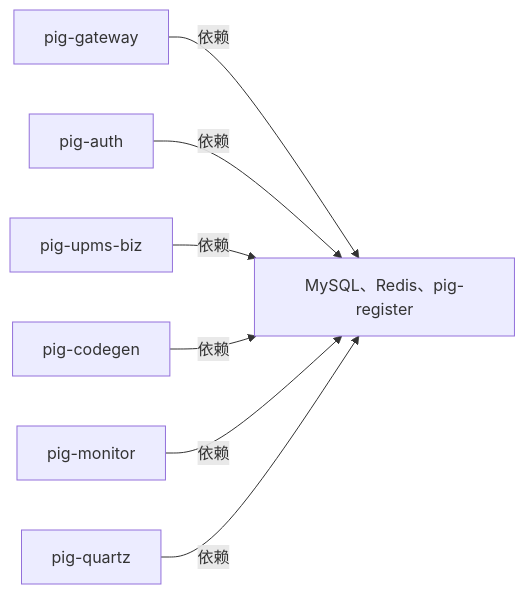
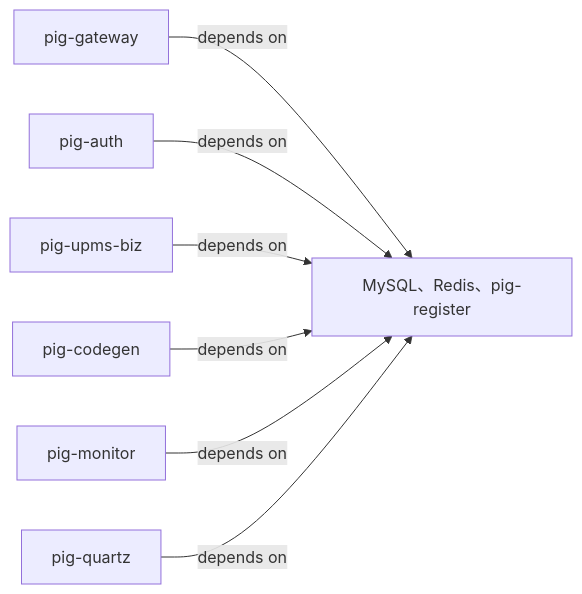
The second of 2 diagrams in docs/how-to-guides/micro-service-deploy/pig-example.md (goodrain/rainbond-docs), drawn with Mermaid before and after one commit. The commit also changed other lines of this file and 855 other files, not shown here.

````diff
--- a/docs/how-to-guides/micro-service-deploy/pig-example.md
+++ b/docs/how-to-guides/micro-service-deploy/pig-example.md
@@ -158,9 +172,9 @@
 ```mermaid
 graph LR
-    D1[pig-gateway] -->|依赖| B[MySQL、Redis、pig-register]
-    D2[pig-auth] -->|依赖| B[MySQL、Redis、pig-register]
-    D3[pig-upms-biz] -->|依赖| B[MySQL、Redis、pig-register]
-    D4[pig-codegen] -->|依赖| B[MySQL、Redis、pig-register]
-    D5[pig-monitor] -->|依赖| B[MySQL、Redis、pig-register]
-    D6[pig-quartz] -->|依赖| B[MySQL、Redis、pig-register]
+    D1[pig-gateway] -->|depends on| B[MySQL、Redis、pig-register]
+    D2[pig-auth] -->|depends on| B[MySQL、Redis、pig-register]
+    D3[pig-upms-biz] -->|depends on| B[MySQL、Redis、pig-register]
+    D4[pig-codegen] -->|depends on| B[MySQL、Redis、pig-register]
+    D5[pig-monitor] -->|depends on| B[MySQL、Redis、pig-register]
+    D6[pig-quartz] -->|depends on| B[MySQL、Redis、pig-register]
 ```
````
